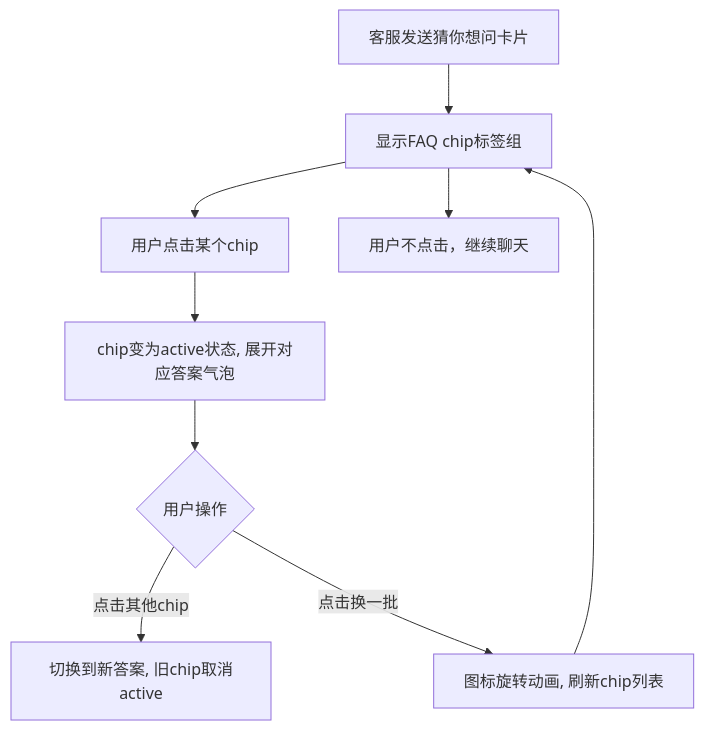
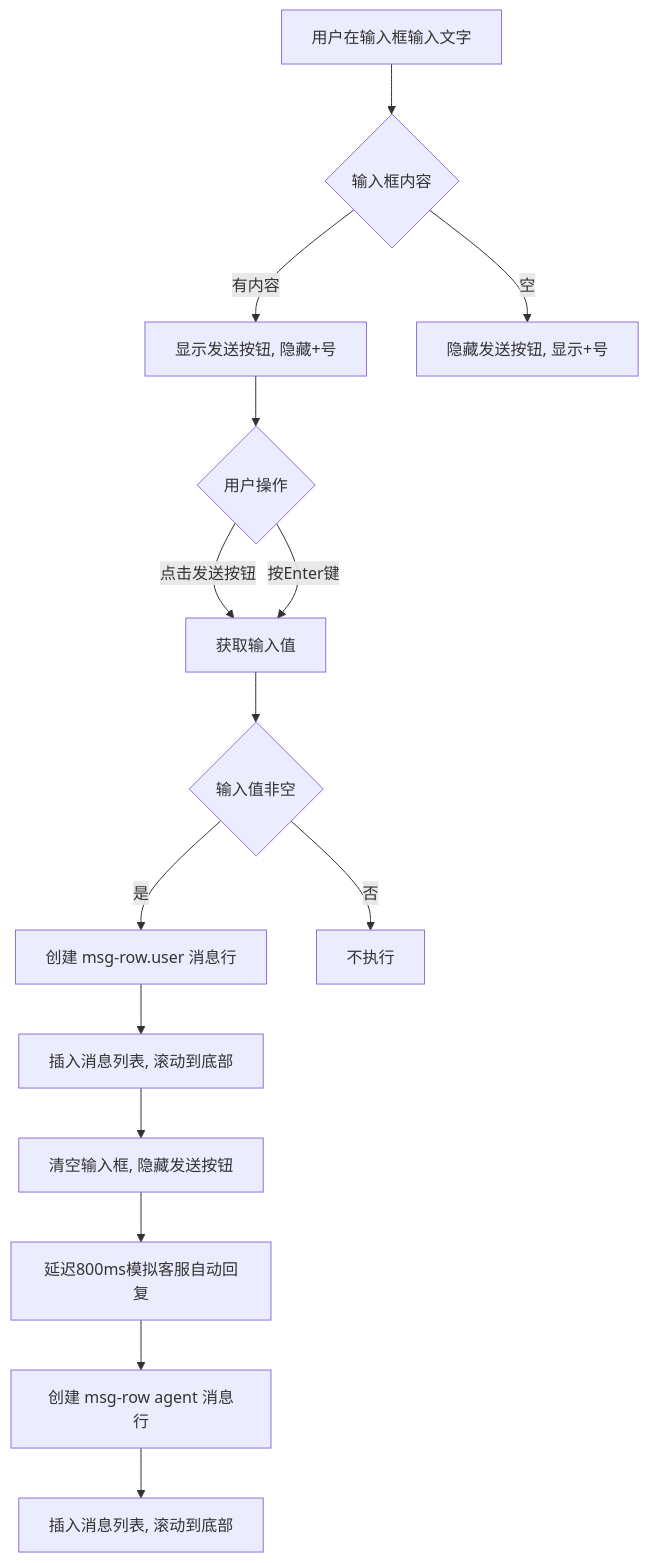
Before and after one commit to lyuxiaohei/OCS: the third of 9 diagrams in prototype-cs/user/PRD/02-聊天主界面.md, drawn with Mermaid. The commit also changed other lines of this file and 29 other files, not shown here.

````diff
--- a/prototype-cs/user/PRD/02-聊天主界面.md
+++ b/prototype-cs/user/PRD/02-聊天主界面.md
@@ -327,11 +120,17 @@
 ```mermaid
 flowchart TD
-    A[客服发送猜你想问卡片] --> B[显示FAQ chip标签组]
-    B --> C[用户点击某个chip]
-    C --> D[chip变为active状态, 展开对应答案气泡]
-    D --> E{用户操作}
-    E -->|点击其他chip| H[切换到新答案, 旧chip取消active]
-    E -->|点击换一批| I[图标旋转动画, 刷新chip列表]
-    B --> J[用户不点击，继续聊天]
-    I --> B
+    A[用户在输入框输入文字] --> B{输入框内容}
+    B -->|有内容| C[显示发送按钮, 隐藏+号]
+    B -->|空| D[隐藏发送按钮, 显示+号]
+    C --> E{用户操作}
+    E -->|点击发送按钮| F[获取输入值]
+    E -->|按Enter键| F
+    F --> G{输入值非空}
+    G -->|是| H[创建 msg-row.user 消息行]
+    G -->|否| I[不执行]
+    H --> J[插入消息列表, 滚动到底部]
+    J --> K[清空输入框, 隐藏发送按钮]
+    K --> L[延迟800ms模拟客服自动回复]
+    L --> M[创建 msg-row agent 消息行]
+    M --> N[插入消息列表, 滚动到底部]
 ```
````
